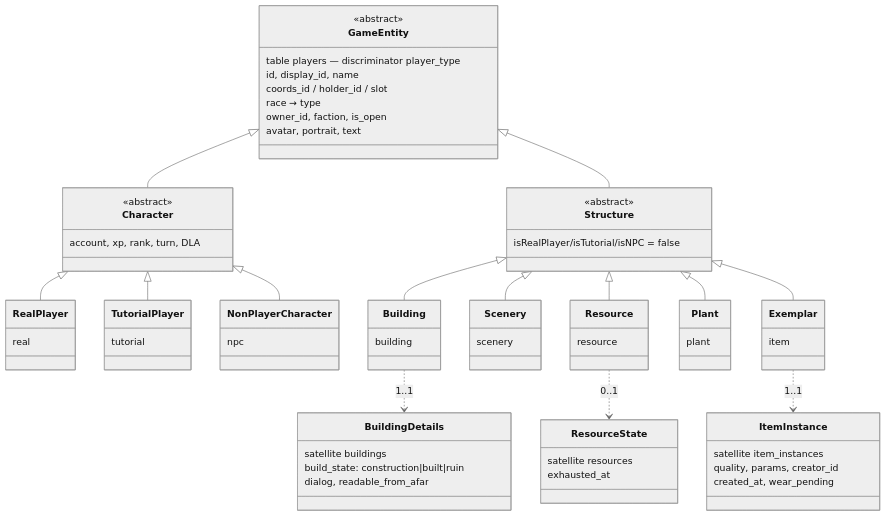
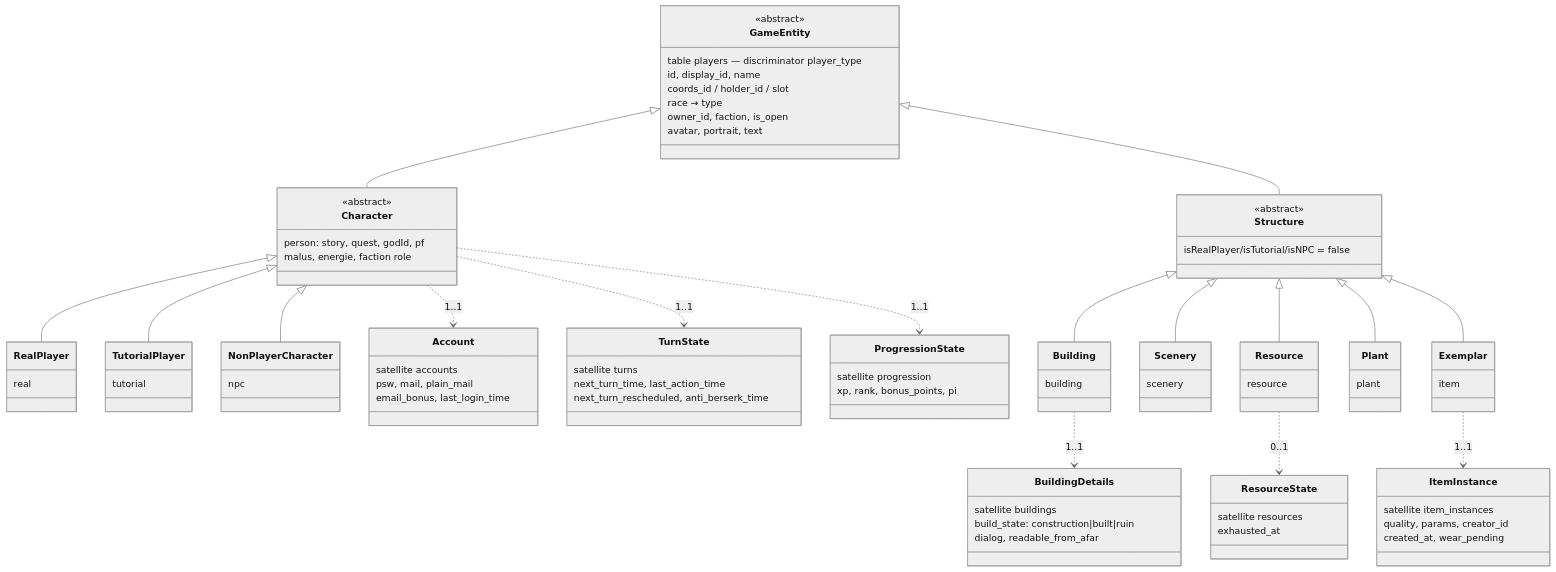
The third of 8 diagrams in docs/entity-system-overview.md (Age-Of-Olympia/aoo-engine), drawn with Mermaid (neutral theme) before and after one commit. The commit also changed other lines of this file and 7 other files, not shown here.

````diff
--- a/docs/entity-system-overview.md
+++ b/docs/entity-system-overview.md
@@ -121,58 +121,76 @@
 ```mermaid
 classDiagram
     class GameEntity {
         <<abstract>>
         table players — discriminator player_type
         id, display_id, name
         coords_id / holder_id / slot
         race → type
         owner_id, faction, is_open
         avatar, portrait, text
     }
     class Character {
         <<abstract>>
-        account, xp, rank, turn, DLA
+        person: story, quest, godId, pf
+        malus, energie, faction role
     }
     class RealPlayer      { real }
     class TutorialPlayer  { tutorial }
     class NonPlayerCharacter { npc }
     class Structure {
         <<abstract>>
         isRealPlayer/isTutorial/isNPC = false
     }
     class Building { building }
     class Scenery  { scenery }
     class Resource { resource }
     class Plant    { plant }
     class Exemplar { item }
 
+    class Account {
+        satellite accounts
+        psw, mail, plain_mail
+        email_bonus, last_login_time
+    }
+    class TurnState {
+        satellite turns
+        next_turn_time, last_action_time
+        next_turn_rescheduled, anti_berserk_time
+    }
+    class ProgressionState {
+        satellite progression
+        xp, rank, bonus_points, pi
+    }
     class BuildingDetails {
         satellite buildings
         build_state: construction|built|ruin
         dialog, readable_from_afar
     }
     class ResourceState {
         satellite resources
         exhausted_at
     }
     class ItemInstance {
         satellite item_instances
         quality, params, creator_id
         created_at, wear_pending
     }
 
     GameEntity <|-- Character
     GameEntity <|-- Structure
     Character <|-- RealPlayer
     Character <|-- TutorialPlayer
     Character <|-- NonPlayerCharacter
     Structure <|-- Building
     Structure <|-- Scenery
     Structure <|-- Resource
     Structure <|-- Plant
     Structure <|-- Exemplar
 
+    Character ..> Account : 1..1
+    Character ..> TurnState : 1..1
+    Character ..> ProgressionState : 1..1
     Building ..> BuildingDetails : 1..1
     Resource ..> ResourceState : 0..1
     Exemplar ..> ItemInstance : 1..1
 ```
````
